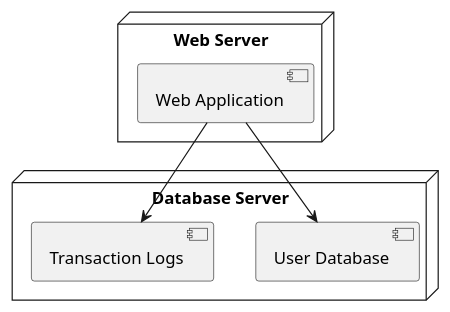
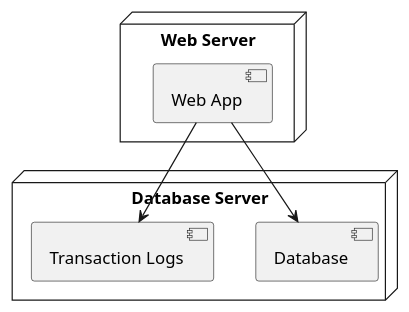
One commit to camcarthur/oop-final-fa24 changed the diagram in umls/physical.plantuml. Above: the diagram before and after it, drawn with PlantUML. The commit also changed 7 other files, not shown here.

Commit message:
Add UML Diagrams

```diff
--- a/umls/physical.plantuml
+++ b/umls/physical.plantuml
@@ -1,13 +1,13 @@
 @startuml
 node "Web Server" {
-    [Web Application]
+    [Web App]
 }
 
 node "Database Server" {
-    [User Database]
+    [Database]
     [Transaction Logs]
 }
 
-[Web Application] --> [User Database]
-[Web Application] --> [Transaction Logs]
+[Web App] --> [Database]
+[Web App] --> [Transaction Logs]
 @enduml
```
